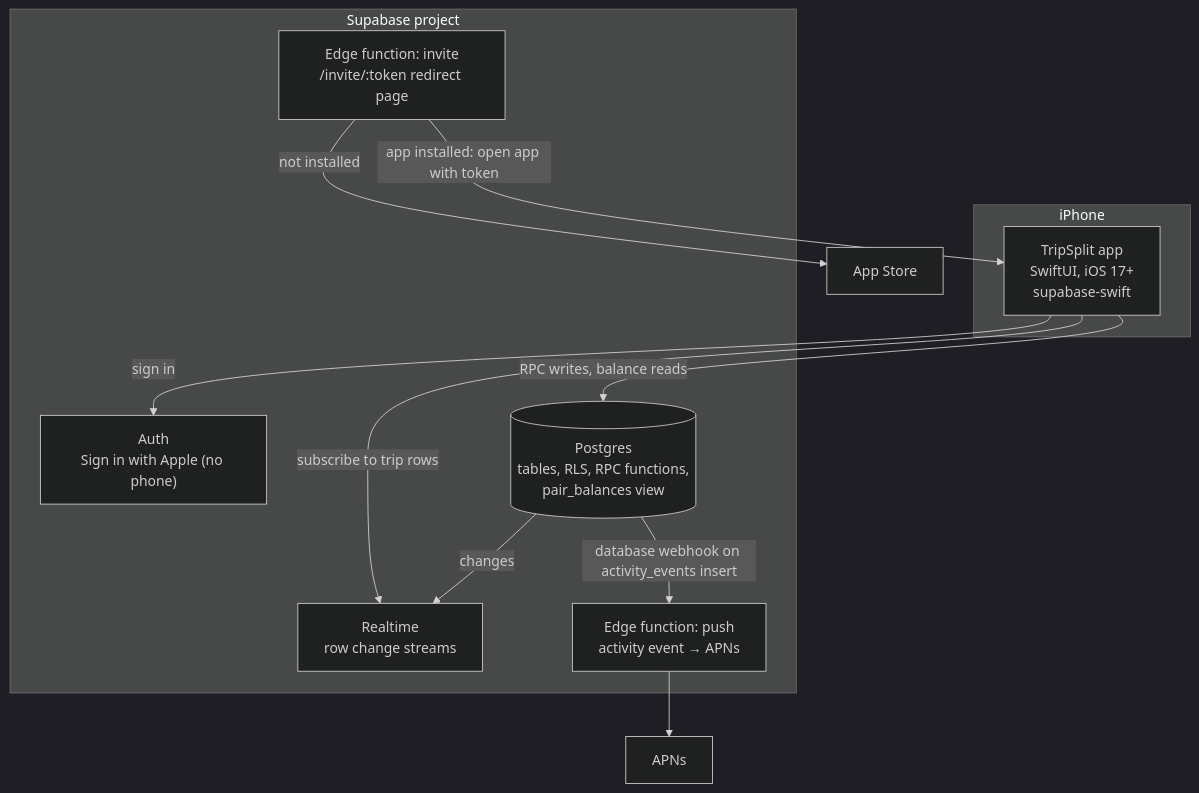
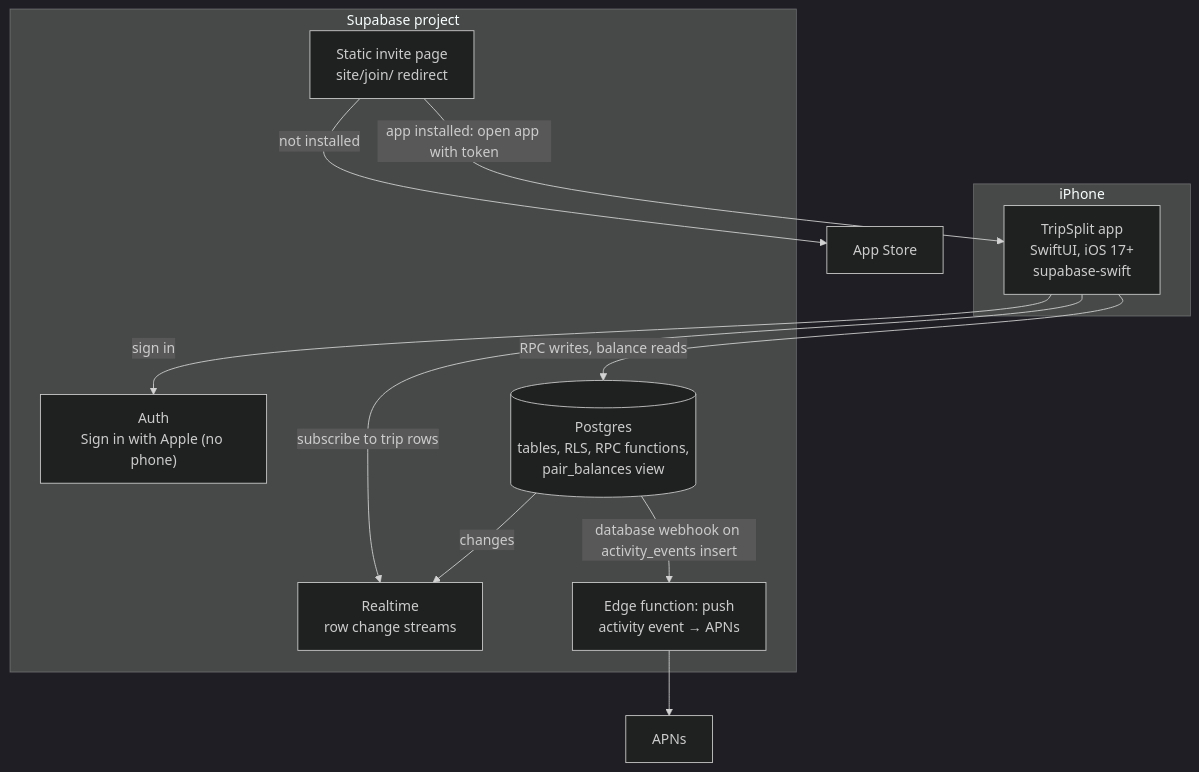
Before and after one commit to taytayrad/tripsplit-ios: the second of 2 diagrams in docs/architecture.md, drawn with Mermaid (dark theme). The commit also changed other lines of this file and 7 other files, not shown here.

Commit message:
Invite links: serve the landing page statically (Supabase's functions domain forces text/plain)

````diff
--- a/docs/architecture.md
+++ b/docs/architecture.md
@@ -32,26 +32,26 @@
 ```mermaid
 flowchart TB
     subgraph device["iPhone"]
         app["TripSplit app<br/>SwiftUI, iOS 17+<br/>supabase-swift"]
     end
 
     subgraph supa["Supabase project"]
         auth["Auth<br/>Sign in with Apple (no phone)"]
         db[("Postgres<br/>tables, RLS, RPC functions,<br/>pair_balances view")]
         rt["Realtime<br/>row change streams"]
         fnPush["Edge function: push<br/>activity event → APNs"]
-        fnLink["Edge function: invite<br/>/invite/:token redirect page"]
+        fnLink["Static invite page<br/>site/join/ redirect"]
     end
 
     apns["APNs"]
     store["App Store"]
 
     app -- "sign in" --> auth
     app -- "RPC writes, balance reads" --> db
     app -- "subscribe to trip rows" --> rt
     db -- "changes" --> rt
     db -- "database webhook on activity_events insert" --> fnPush
     fnPush --> apns
     fnLink -- "app installed: open app with token" --> app
     fnLink -- "not installed" --> store
 ```
````
